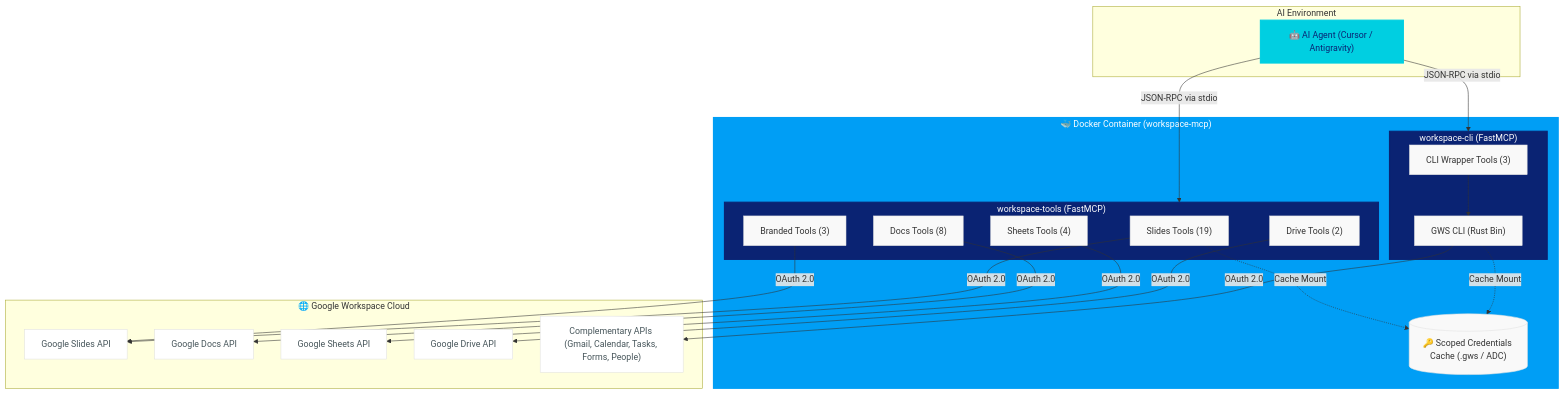
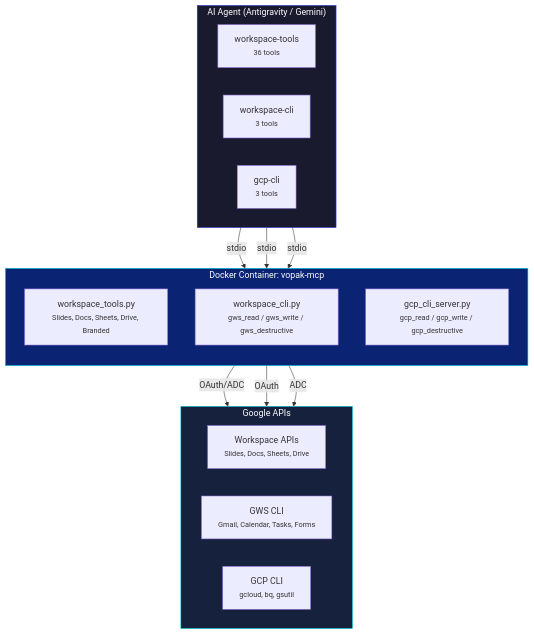
Before and after one commit to patriciosantamaria/vopak-workspace-mcp: the diagram in README.md, drawn with Mermaid. The commit also changed other lines of this file and 10 other files, not shown here.

First line of the commit message:
feat: rename to vopak-mcp, add GCP CLI server (3 tools), rewrite README with full 42-tool catalog

````diff
--- a/README.md
+++ b/README.md
@@ -31,57 +36,35 @@
 ```mermaid
-graph TD
-    subgraph Client [AI Environment]
-        Agent["🤖 AI Agent (Cursor / Antigravity)"]
+graph TB
+    subgraph Agent["AI Agent (Antigravity / Gemini)"]
+        direction LR
+        A1["workspace-tools<br/><small>36 tools</small>"]
+        A2["workspace-cli<br/><small>3 tools</small>"]
+        A3["gcp-cli<br/><small>3 tools</small>"]
     end
 
-    subgraph DockerContainer ["🐳 Docker Container (workspace-mcp)"]
-        subgraph Server1 ["workspace-tools (FastMCP)"]
-            SlidesT["Slides Tools (19)"]
-            DocsT["Docs Tools (8)"]
-            SheetsT["Sheets Tools (4)"]
-            DriveT["Drive Tools (2)"]
-            BrandT["Branded Tools (3)"]
-        end
-
-        subgraph Server2 ["workspace-cli (FastMCP)"]
-            CLIWrapper["CLI Wrapper Tools (3)"]
-            GWSCLI["GWS CLI (Rust Bin)"]
-            CLIWrapper --> GWSCLI
-        end
-
-        TokenCache[("🔑 Scoped Credentials Cache (.gws / ADC)")]
+    subgraph Docker["Docker Container: vopak-mcp"]
+        direction TB
+        S1["workspace_tools.py<br/><small>Slides, Docs, Sheets, Drive, Branded</small>"]
+        S2["workspace_cli.py<br/><small>gws_read / gws_write / gws_destructive</small>"]
+        S3["gcp_cli_server.py<br/><small>gcp_read / gcp_write / gcp_destructive</small>"]
     end
 
-    subgraph GoogleAPIs ["🌐 Google Workspace Cloud"]
-        GoogleSlides["Google Slides API"]
-        GoogleDocs["Google Docs API"]
-        GoogleSheets["Google Sheets API"]
-        GoogleDrive["Google Drive API"]
-        GoogleOther["Complementary APIs (Gmail, Calendar, Tasks, Forms, People)"]
+    subgraph APIs["Google APIs"]
+        direction LR
+        WS["Workspace APIs<br/><small>Slides, Docs, Sheets, Drive</small>"]
+        CLI["GWS CLI<br/><small>Gmail, Calendar, Tasks, Forms</small>"]
+        GCP["GCP CLI<br/><small>gcloud, bq, gsutil</small>"]
     end
 
-    Agent -->|JSON-RPC via stdio| Server1
-    Agent -->|JSON-RPC via stdio| Server2
+    A1 -->|stdio| S1
+    A2 -->|stdio| S2
+    A3 -->|stdio| S3
 
-    SlidesT -->|OAuth 2.0| GoogleSlides
-    DocsT -->|OAuth 2.0| GoogleDocs
-    SheetsT -->|OAuth 2.0| GoogleSheets
-    DriveT -->|OAuth 2.0| GoogleDrive
-    BrandT -->|OAuth 2.0| GoogleSlides
-    
-    GWSCLI -->|OAuth 2.0| GoogleOther
-    GWSCLI -.->|Cache Mount| TokenCache
-    SlidesT -.->|Cache Mount| TokenCache
+    S1 -->|OAuth/ADC| WS
+    S2 -->|OAuth| CLI
+    S3 -->|ADC| GCP
 
-    classDef default fill:#f9f9f9,stroke:#e1e1e1,stroke-width:1px;
-    classDef vopakDeep fill:#0a2373,stroke:#0a2373,stroke-width:2px,color:#ffffff;
-    classDef vopakCyan fill:#00cfe1,stroke:#00cfe1,stroke-width:2px,color:#0a2373;
-    classDef vopakCobalt fill:#283ce1,stroke:#283ce1,stroke-width:2px,color:#ffffff;
-    classDef docker fill:#009ef5,stroke:#009ef5,stroke-width:2px,color:#ffffff;
-    classDef google fill:#ffffff,stroke:#e1e1e1,stroke-width:1px,color:#46555a;
-
-    class Agent vopakCyan;
-    class Server1,Server2 vopakDeep;
-    class DockerContainer docker;
-    class GoogleSlides,GoogleDocs,GoogleSheets,GoogleDrive,GoogleOther google;
+    style Docker fill:#0a2373,stroke:#00cfe1,color:#fff
+    style Agent fill:#1a1a2e,stroke:#283ce1,color:#fff
+    style APIs fill:#16213e,stroke:#00cfe1,color:#fff
 ```
````
